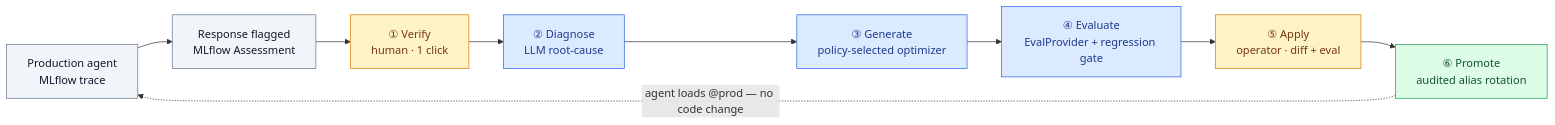
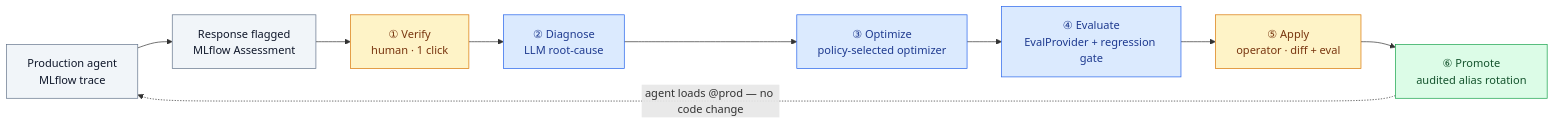
Before and after one commit to rrahimi-uci/caliber-suite: the first of 2 diagrams in README.md, drawn with Mermaid. The commit also changed other lines of this file and 78 other files, not shown here.

````diff
--- a/README.md
+++ b/README.md
@@ -48,19 +49,19 @@
 ```mermaid
 flowchart LR
     trace["Production agent<br/>MLflow trace"]:::src
     flag["Response flagged<br/>MLflow Assessment"]:::src
     v["① Verify<br/>human · 1 click"]:::human
     d["② Diagnose<br/>LLM root-cause"]:::auto
-    g["③ Generate<br/>policy-selected optimizer"]:::auto
+    g["③ Optimize<br/>policy-selected optimizer"]:::auto
     e["④ Evaluate<br/>EvalProvider + regression gate"]:::auto
     a["⑤ Apply<br/>operator · diff + eval"]:::human
     p["⑥ Promote<br/>audited alias rotation"]:::ship
 
     trace --> flag --> v --> d --> g --> e --> a --> p
     p -.->|"agent loads @prod — no code change"| trace
 
     classDef src fill:#f1f5f9,stroke:#64748b,color:#0f172a;
     classDef human fill:#fef3c7,stroke:#d97706,color:#78350f;
     classDef auto fill:#dbeafe,stroke:#2563eb,color:#1e3a8f;
     classDef ship fill:#dcfce7,stroke:#16a34a,color:#14532d;
 ```
````
